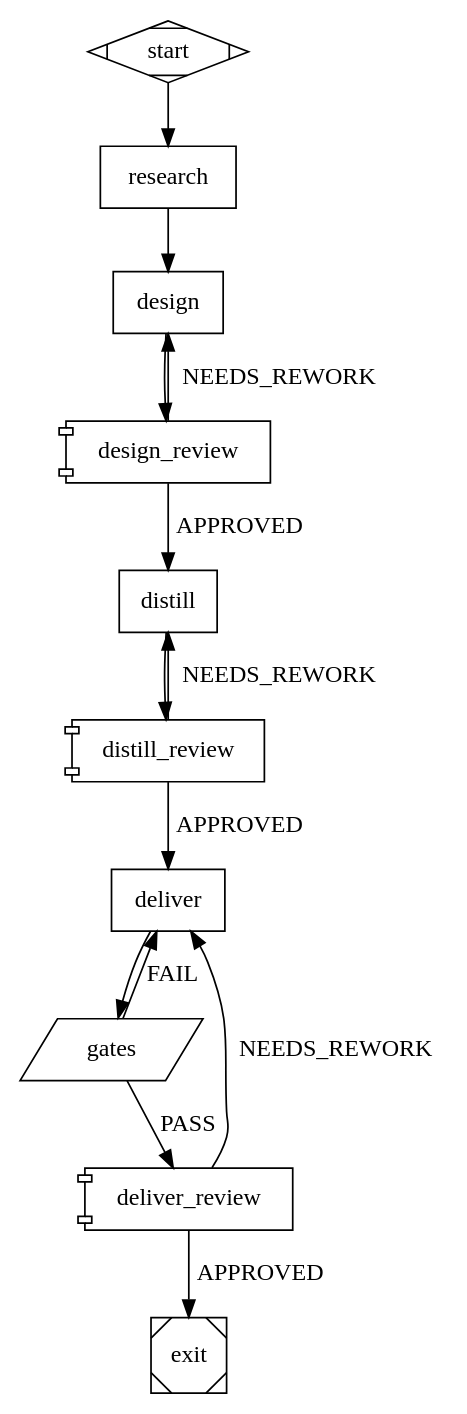
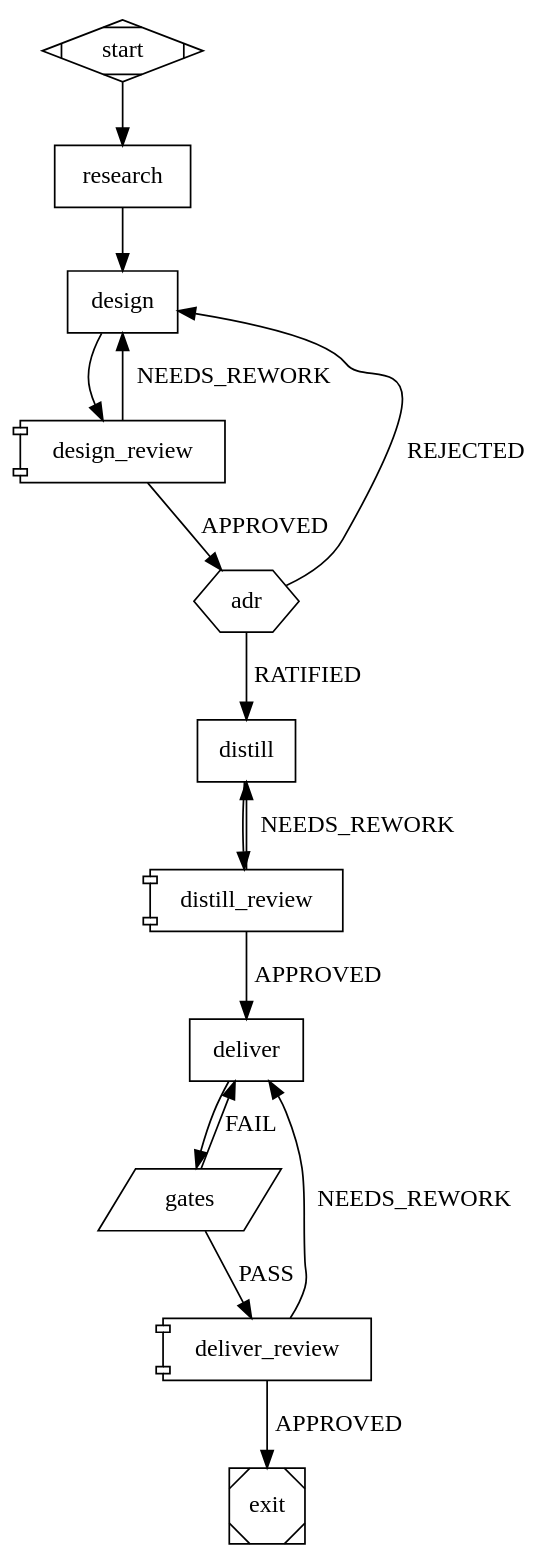
The diagram in plugins/skraft-framework/workflows/skraft.dot (SebastienDegodez/skraft-plugin), drawn with Graphviz before and after one commit. The commit also changed 100 other files, not shown here.

First line of the commit message:
feat(engine): décisions humaines — étape ask, skraft decide, ratification d’ADR, escalade d’environnement (V2 lot 5) (#241)

```diff
--- a/plugins/skraft-framework/workflows/skraft.dot
+++ b/plugins/skraft-framework/workflows/skraft.dot
@@ -1,30 +1,34 @@
 // The skraft pipeline. Copy it into a repository with `skraft workflow eject`, then add
-// agents, lenses or gates; `skraft workflow check` validates it, `skraft workflow diff` compares
-// it with this one. A node marked locked=true can only be dropped with unlock="<reason>".
+// agents, lenses, gates or questions; `skraft workflow check` validates it, `skraft workflow diff`
+// compares it with this one. A node marked locked=true can only be dropped with unlock="<reason>".
 // model= is the family an agent runs on; a review node (shape=component) runs each lens `<name>` as the agent `<name>-lens`, on `<name>@<family>`, else the node's model=, else haiku.
+// A hexagon asks a human: the run waits until `skraft decide` answers.
 digraph skraft {
   graph [version="2", goal="Deliver the story"]
 
   start    [shape=Mdiamond]
   research [shape=box, agent="solution-researcher", phase="RESEARCH", model="sonnet"]
   design   [shape=box, agent="solution-architect", phase="DESIGN", model="opus"]
   design_review [shape=component, lenses="consistency,architecture-compliance,fitness"]
+  adr      [shape=hexagon, question="adr-ratification"]
   distill  [shape=box, agent="acceptance-designer", phase="DISTILL", model="sonnet"]
   distill_review [shape=component, lenses="coverage,business-alignment,testability,boundary-enforcement"]
   deliver  [shape=box, agent="software-engineer", phase="DELIVER", model="sonnet"]
   gates    [shape=parallelogram, gate="build,format,lint,test,architecture,coverage,mutation", goal_gate=true, locked=true, phase="DELIVER"]
   deliver_review [shape=component, lenses="test-integrity,architecture-boundaries,cold-reader,mock-fidelity,contract-fidelity"]
   exit     [shape=Msquare]
 
   start -> research -> design -> design_review
   design_review -> design  [label="NEEDS_REWORK", max_visits=3]
-  design_review -> distill [label="APPROVED"]
+  design_review -> adr     [label="APPROVED"]
+  adr -> distill   [label="RATIFIED"]
+  adr -> design    [label="REJECTED", max_visits=3]
   distill -> distill_review
   distill_review -> distill [label="NEEDS_REWORK", max_visits=3]
   distill_review -> deliver [label="APPROVED"]
   deliver -> gates
   gates -> deliver [label="FAIL", max_visits=3]
   gates -> deliver_review [label="PASS"]
   deliver_review -> deliver [label="NEEDS_REWORK", max_visits=3]
   deliver_review -> exit    [label="APPROVED"]
 }
```
